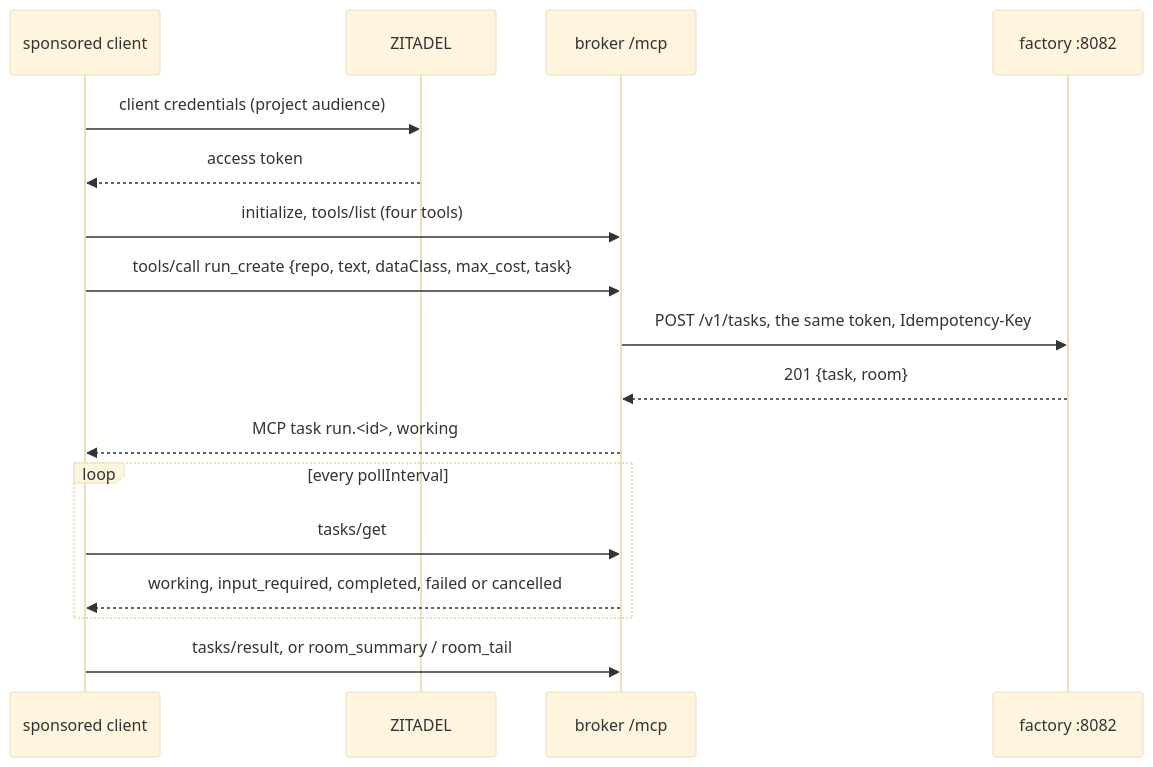
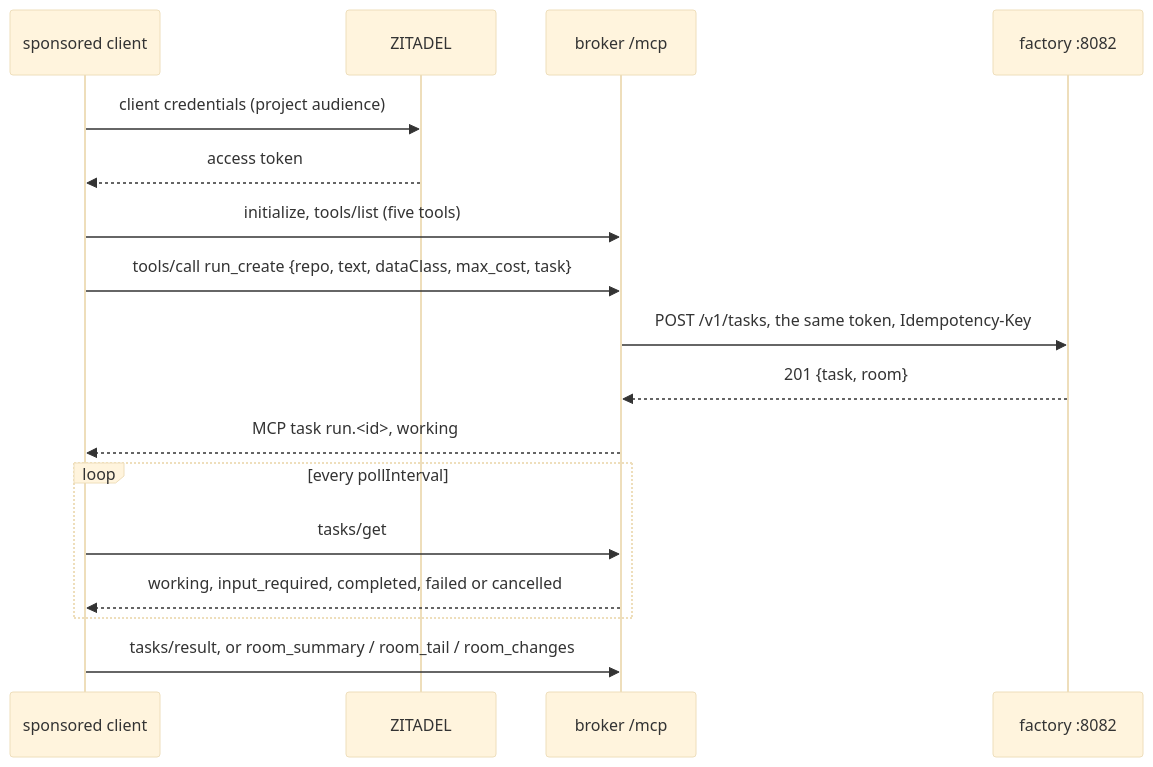
Before and after one commit to Smana/agent-platform: the second of 2 diagrams in docs/integration.md, drawn with Mermaid (base theme). The commit also changed other lines of this file and 2 other files, not shown here.

Commit message:
docs: room_changes, the text views, and the sponsored tools

````diff
--- a/docs/integration.md
+++ b/docs/integration.md
@@ -207,19 +207,19 @@
 ```mermaid
 sequenceDiagram
   participant C as sponsored client
   participant Z as ZITADEL
   participant B as broker /mcp
   participant F as factory :8082
   C->>Z: client credentials (project audience)
   Z-->>C: access token
-  C->>B: initialize, tools/list (four tools)
+  C->>B: initialize, tools/list (five tools)
   C->>B: tools/call run_create {repo, text, dataClass, max_cost, task}
   B->>F: POST /v1/tasks, the same token, Idempotency-Key
   F-->>B: 201 {task, room}
   B-->>C: MCP task run.<id>, working
   loop every pollInterval
     C->>B: tasks/get
     B-->>C: working, input_required, completed, failed or cancelled
   end
-  C->>B: tasks/result, or room_summary / room_tail
+  C->>B: tasks/result, or room_summary / room_tail / room_changes
 ```
````
